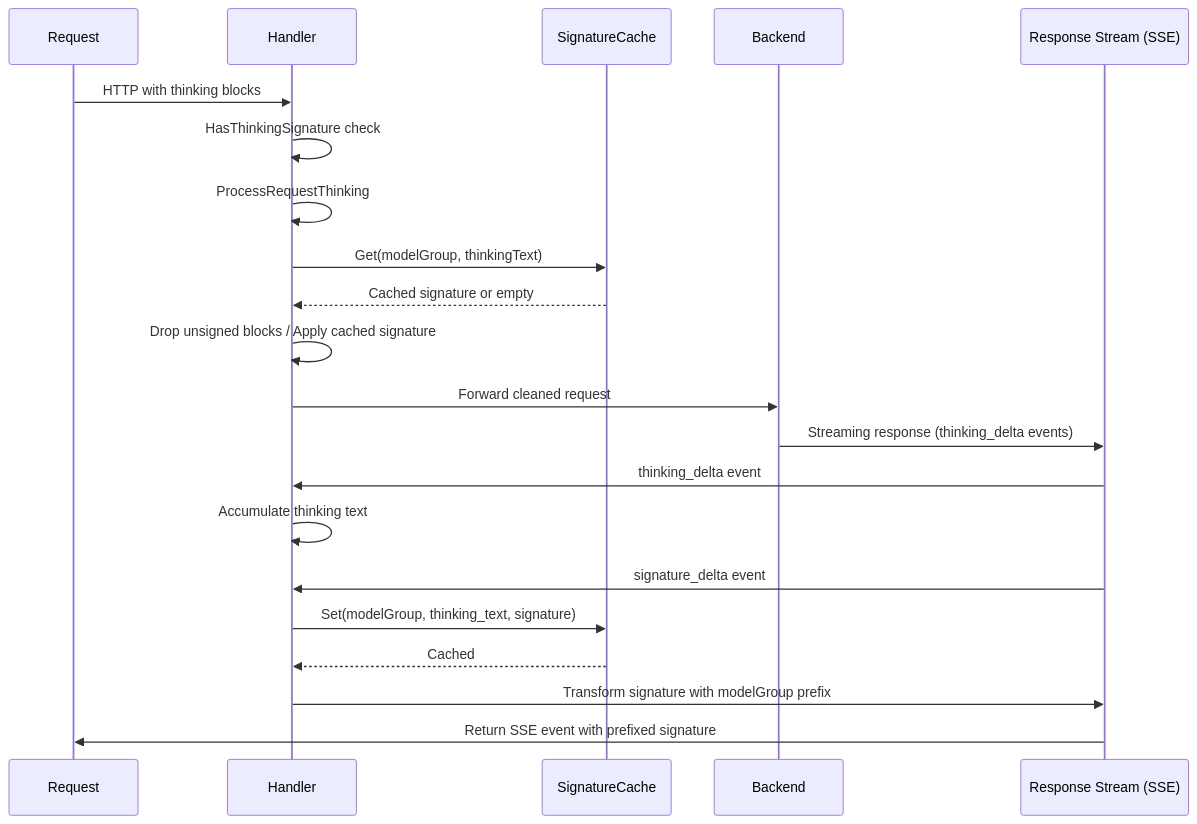
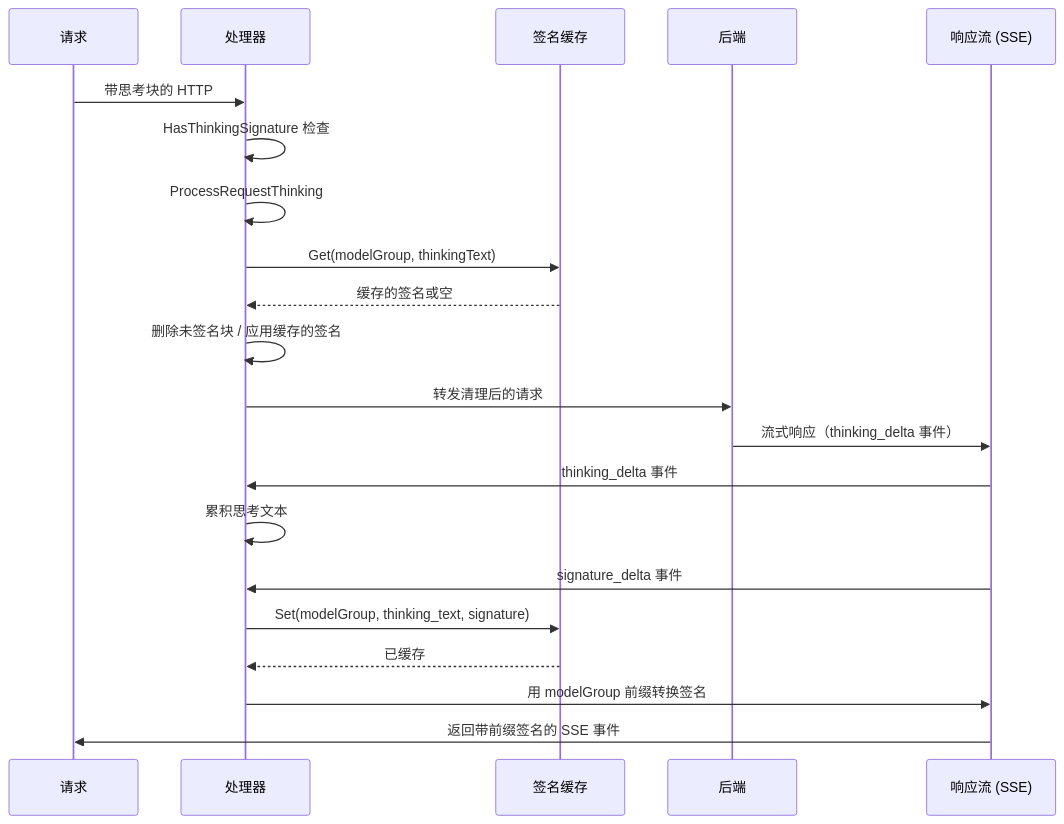
Before and after one commit to omarluq/cc-relay: the third of 5 diagrams in docs-site/content/zh-cn/docs/architecture.md, drawn with Mermaid. The commit also changed other lines of this file and 4 other files, not shown here.

First line of the commit message:
docs: translate architecture.md to all supported languages

````diff
--- a/docs-site/content/zh-cn/docs/architecture.md
+++ b/docs-site/content/zh-cn/docs/architecture.md
@@ -173,25 +173,25 @@
 ```mermaid
 sequenceDiagram
-    participant Request
-    participant Handler
-    participant SignatureCache
-    participant Backend
-    participant ResponseStream as Response Stream (SSE)
+    participant Request as 请求
+    participant Handler as 处理器
+    participant SignatureCache as 签名缓存
+    participant Backend as 后端
+    participant ResponseStream as 响应流 (SSE)
 
-    Request->>Handler: HTTP with thinking blocks
-    Handler->>Handler: HasThinkingSignature check
+    Request->>Handler: 带思考块的 HTTP
+    Handler->>Handler: HasThinkingSignature 检查
     Handler->>Handler: ProcessRequestThinking
     Handler->>SignatureCache: Get(modelGroup, thinkingText)
-    SignatureCache-->>Handler: Cached signature or empty
-    Handler->>Handler: Drop unsigned blocks / Apply cached signature
-    Handler->>Backend: Forward cleaned request
+    SignatureCache-->>Handler: 缓存的签名或空
+    Handler->>Handler: 删除未签名块 / 应用缓存的签名
+    Handler->>Backend: 转发清理后的请求
 
-    Backend->>ResponseStream: Streaming response (thinking_delta events)
-    ResponseStream->>Handler: thinking_delta event
-    Handler->>Handler: Accumulate thinking text
-    ResponseStream->>Handler: signature_delta event
+    Backend->>ResponseStream: 流式响应（thinking_delta 事件）
+    ResponseStream->>Handler: thinking_delta 事件
+    Handler->>Handler: 累积思考文本
+    ResponseStream->>Handler: signature_delta 事件
     Handler->>SignatureCache: Set(modelGroup, thinking_text, signature)
-    SignatureCache-->>Handler: Cached
-    Handler->>ResponseStream: Transform signature with modelGroup prefix
-    ResponseStream->>Request: Return SSE event with prefixed signature
+    SignatureCache-->>Handler: 已缓存
+    Handler->>ResponseStream: 用 modelGroup 前缀转换签名
+    ResponseStream->>Request: 返回带前缀签名的 SSE 事件
 ```
````
